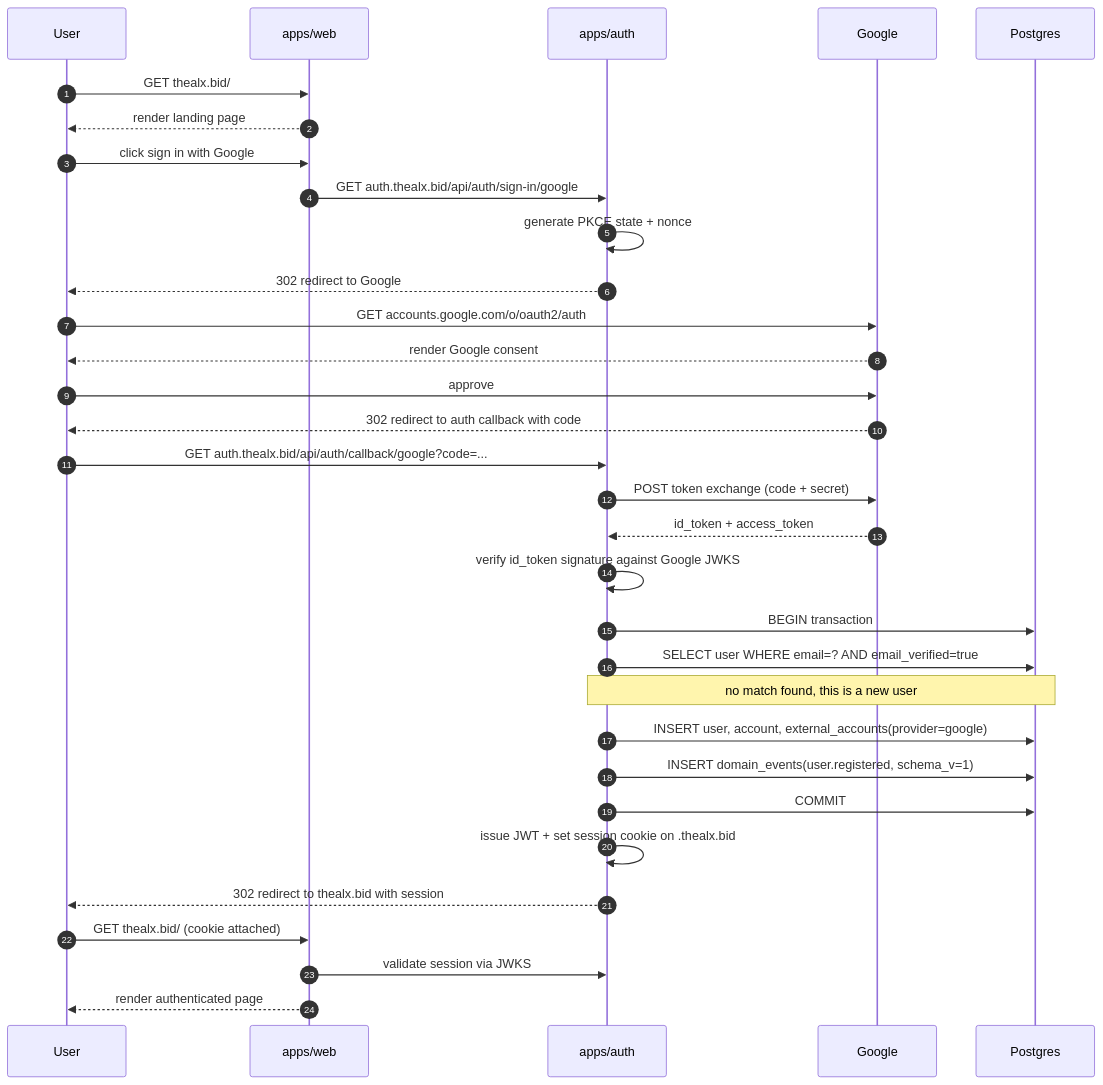
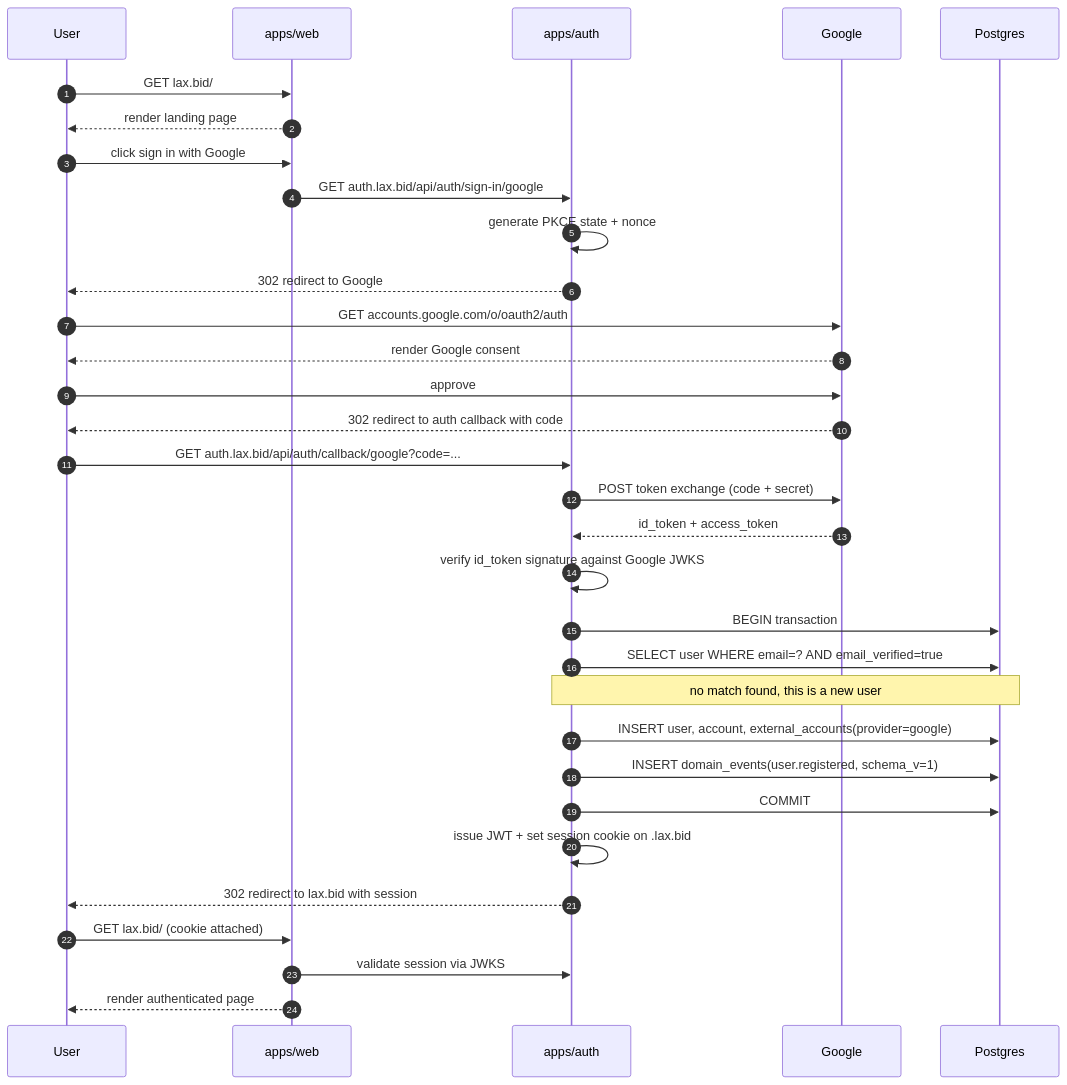
The first of 3 diagrams in docs/architecture/05-identity-flow.md (LAX-UK/monorepo), drawn with Mermaid before and after one commit. The commit also changed other lines of this file and 19 other files, not shown here.

First line of the commit message:
chore: rename thealx.bid → lax.bid across docs, env, and webhooks

````diff
--- a/docs/architecture/05-identity-flow.md
+++ b/docs/architecture/05-identity-flow.md
@@ -18,35 +18,35 @@
 ```mermaid
 sequenceDiagram
   autonumber
   participant U as User
   participant W as apps/web
   participant A as apps/auth
   participant G as Google
   participant DB as Postgres
 
-  U->>W: GET thealx.bid/
+  U->>W: GET lax.bid/
   W-->>U: render landing page
   U->>W: click sign in with Google
-  W->>A: GET auth.thealx.bid/api/auth/sign-in/google
+  W->>A: GET auth.lax.bid/api/auth/sign-in/google
   A->>A: generate PKCE state + nonce
   A-->>U: 302 redirect to Google
   U->>G: GET accounts.google.com/o/oauth2/auth
   G-->>U: render Google consent
   U->>G: approve
   G-->>U: 302 redirect to auth callback with code
-  U->>A: GET auth.thealx.bid/api/auth/callback/google?code=...
+  U->>A: GET auth.lax.bid/api/auth/callback/google?code=...
   A->>G: POST token exchange (code + secret)
   G-->>A: id_token + access_token
   A->>A: verify id_token signature against Google JWKS
   A->>DB: BEGIN transaction
   A->>DB: SELECT user WHERE email=? AND email_verified=true
   Note over A,DB: no match found, this is a new user
   A->>DB: INSERT user, account, external_accounts(provider=google)
   A->>DB: INSERT domain_events(user.registered, schema_v=1)
   A->>DB: COMMIT
-  A->>A: issue JWT + set session cookie on .thealx.bid
-  A-->>U: 302 redirect to thealx.bid with session
-  U->>W: GET thealx.bid/ (cookie attached)
+  A->>A: issue JWT + set session cookie on .lax.bid
+  A-->>U: 302 redirect to lax.bid with session
+  U->>W: GET lax.bid/ (cookie attached)
   W->>A: validate session via JWKS
   W-->>U: render authenticated page
 ```
````
